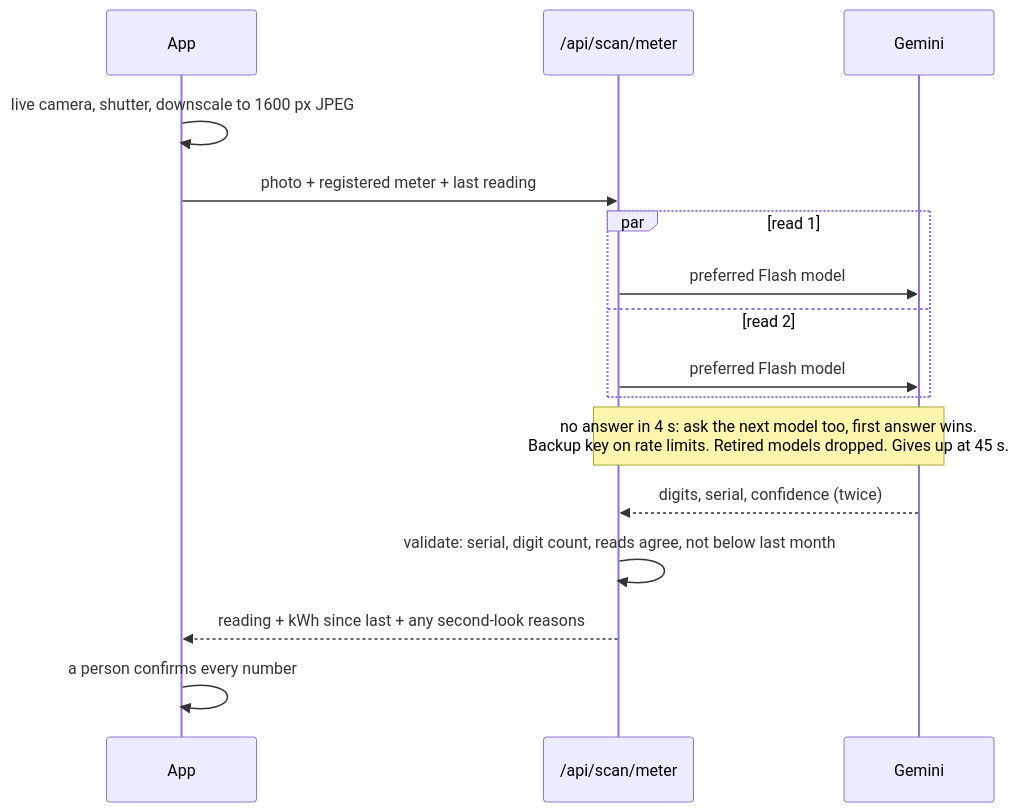
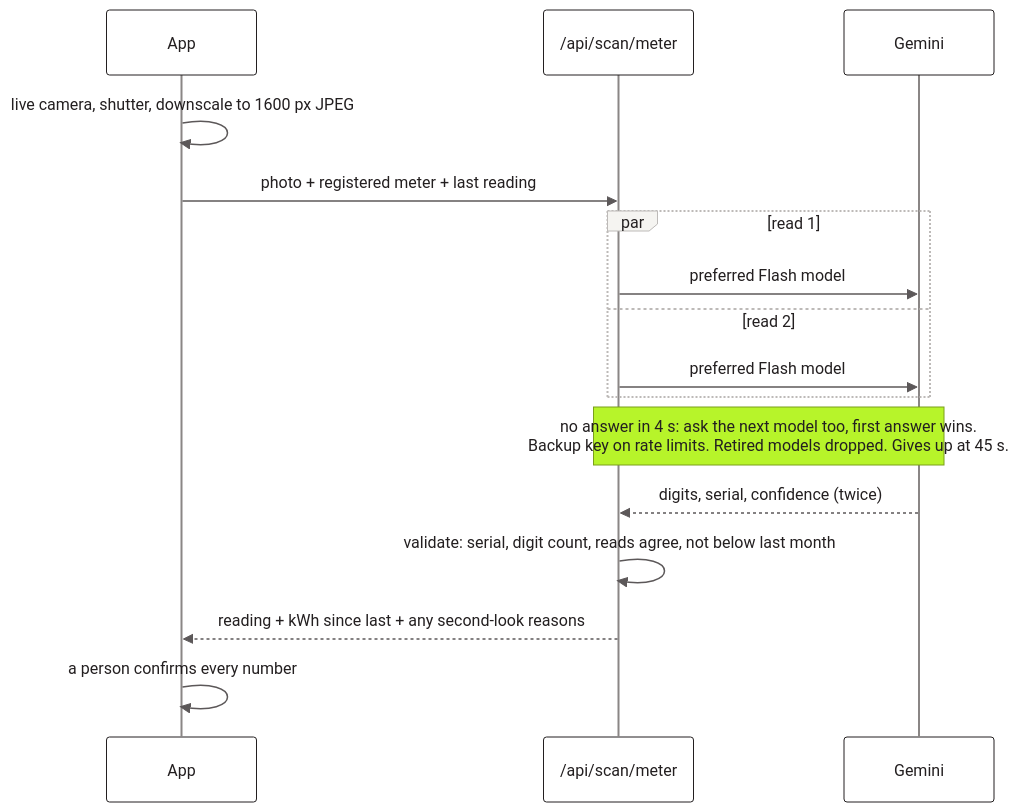
The eighth of 8 diagrams in README.md (msmeralco/TeamNewYorkStylePizza), drawn with Mermaid before and after one commit. The commit also changed other lines of this file and 1 other file, not shown here.

Commit message:
README diagrams in Kahati branding: white nodes, dark grey text, one lime key node, Inter Tight

````diff
--- a/README.md
+++ b/README.md
@@ -172,18 +193,19 @@
 ```mermaid
+%%{init: {'theme': 'base', 'themeVariables': {'fontFamily': 'Inter Tight, Inter, Segoe UI, Arial', 'fontSize': '15px', 'primaryColor': '#FFFFFF', 'primaryTextColor': '#231F20', 'primaryBorderColor': '#231F20', 'secondaryColor': '#F5F4F1', 'tertiaryColor': '#F5F4F1', 'lineColor': '#8A8685', 'textColor': '#231F20', 'clusterBkg': '#F5F4F1', 'clusterBorder': '#BDBAB8', 'edgeLabelBackground': '#F5F4F1', 'actorBkg': '#FFFFFF', 'actorBorder': '#231F20', 'actorTextColor': '#231F20', 'actorLineColor': '#8A8685', 'signalColor': '#5C5859', 'signalTextColor': '#231F20', 'noteBkgColor': '#B7F42A', 'noteTextColor': '#231F20', 'noteBorderColor': '#7A9F1B', 'labelBoxBkgColor': '#F5F4F1', 'labelBoxBorderColor': '#BDBAB8', 'loopTextColor': '#231F20'}}}%%
 sequenceDiagram
     participant App
     participant API as /api/scan/meter
     participant G as Gemini
     App->>App: live camera, shutter, downscale to 1600 px JPEG
     App->>API: photo + registered meter + last reading
     par read 1
         API->>G: preferred Flash model
     and read 2
         API->>G: preferred Flash model
     end
     Note over API,G: no answer in 4 s: ask the next model too, first answer wins.<br/>Backup key on rate limits. Retired models dropped. Gives up at 45 s.
     G-->>API: digits, serial, confidence (twice)
     API->>API: validate: serial, digit count, reads agree, not below last month
     API-->>App: reading + kWh since last + any second-look reasons
     App->>App: a person confirms every number
 ```
````
